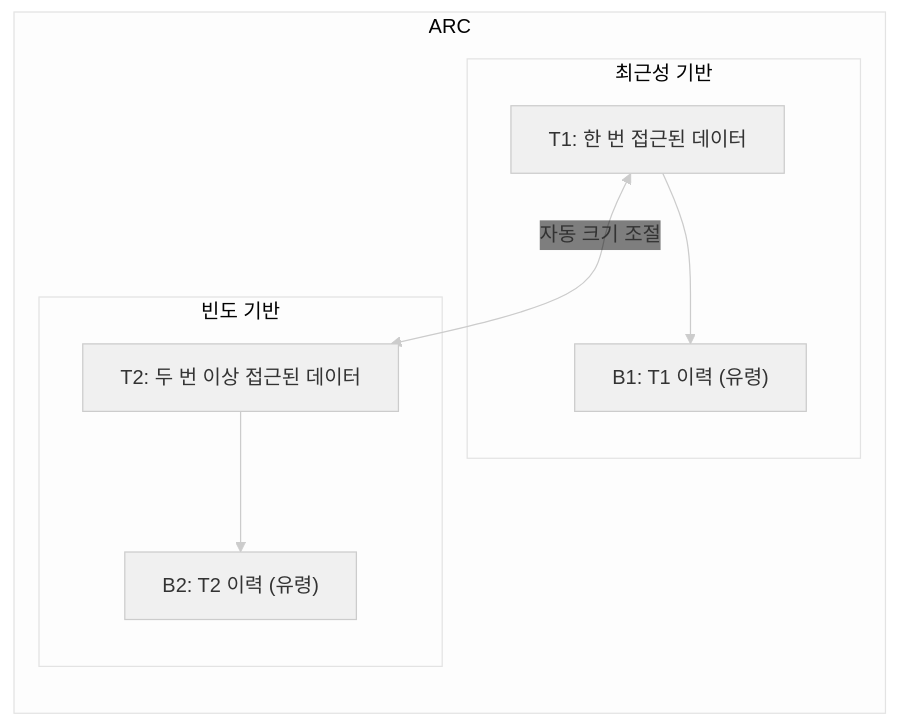
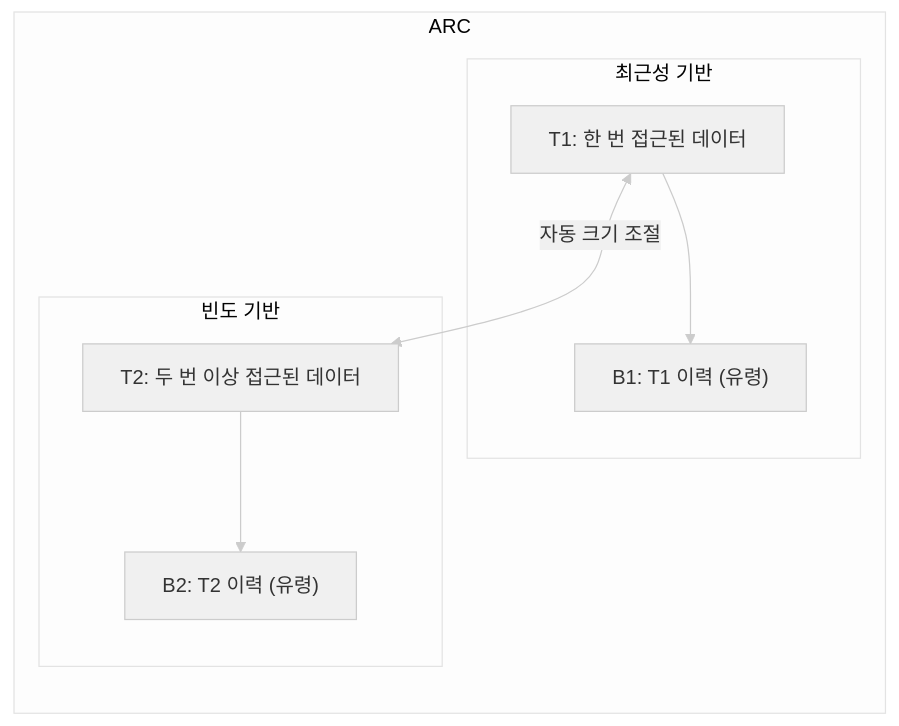
Before and after one commit to home301/blog-source: the first of 2 diagrams in docs/blog/posts/ai-dev/cache-part3.md, drawn with Mermaid. The commit also changed other lines of this file and 1 other file, not shown here.

Commit message:
Mermaid: edgeLabelBackground 설정 제거

````diff
--- a/docs/blog/posts/ai-dev/cache-part3.md
+++ b/docs/blog/posts/ai-dev/cache-part3.md
@@ -150,18 +150,18 @@
 ```mermaid
-%%{init: {'theme': 'base', 'themeVariables': {'primaryColor': '#f0f0f0', 'primaryBorderColor': '#ccc', 'primaryTextColor': '#333', 'lineColor': '#ccc', 'edgeLabelBackground': 'transparent'}}}%%
+%%{init: {'theme': 'base', 'themeVariables': {'primaryColor': '#f0f0f0', 'primaryBorderColor': '#ccc', 'primaryTextColor': '#333', 'lineColor': '#ccc'}}}%%
 graph LR
     subgraph ARC
         direction TB
         subgraph "최근성 기반"
             T1["T1: 한 번 접근된 데이터"]
             B1["B1: T1 이력 (유령)"]
         end
         subgraph "빈도 기반"
             T2["T2: 두 번 이상 접근된 데이터"]
             B2["B2: T2 이력 (유령)"]
         end
     end
     T1 <-->|자동 크기 조절| T2
     T1 --> B1
     T2 --> B2
 ```
````
